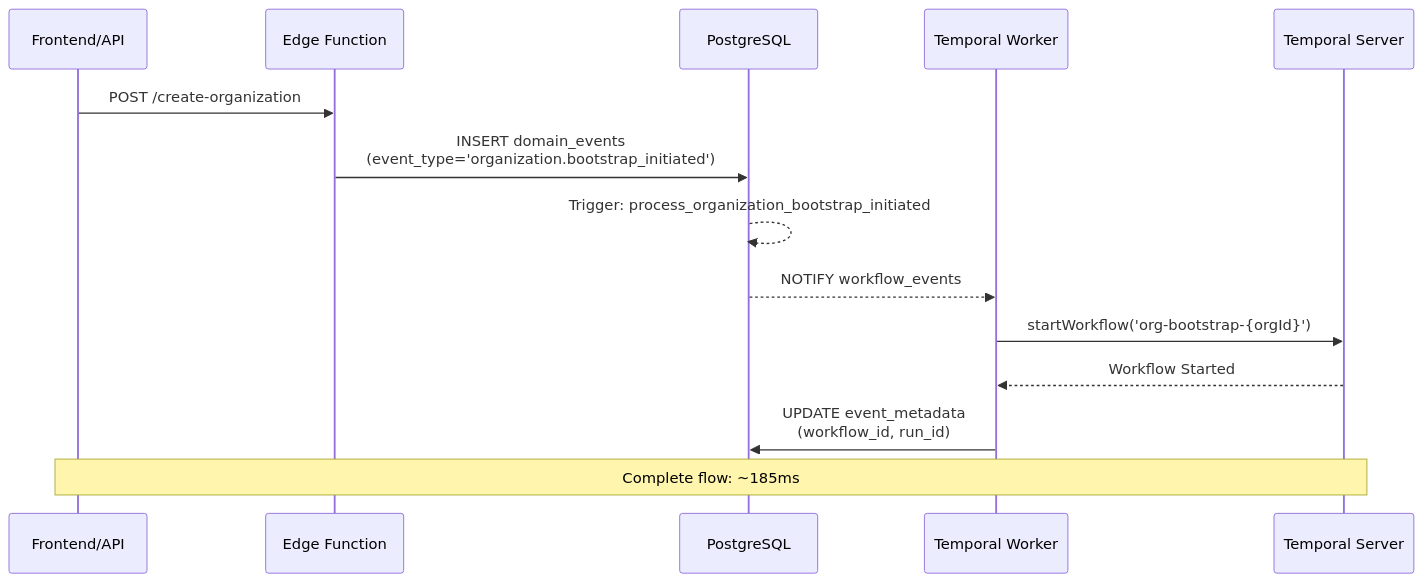
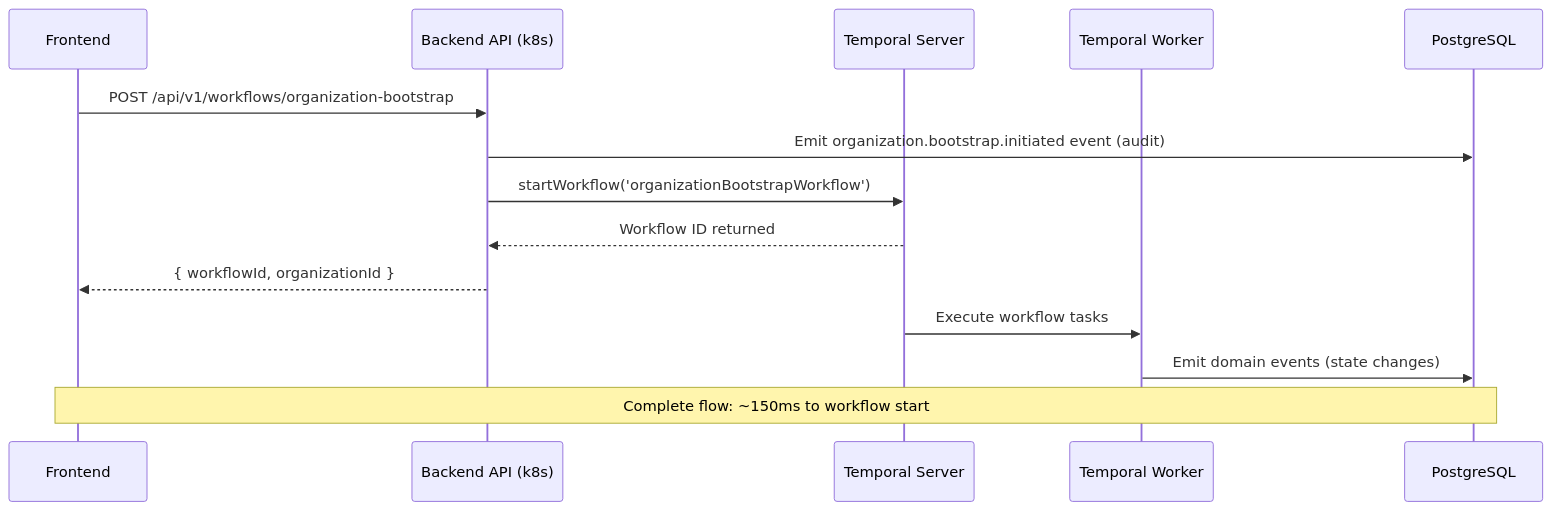
The second of 3 diagrams in documentation/architecture/workflows/temporal-overview.md (Analytics4Change/A4C-AppSuite), drawn with Mermaid before and after one commit. The commit also changed other lines of this file and 11 other files, not shown here.

First line of the commit message:
docs: Update architecture documentation and add projection table docs

````diff
--- a/documentation/architecture/workflows/temporal-overview.md
+++ b/documentation/architecture/workflows/temporal-overview.md
@@ -395,17 +395,17 @@
 ```mermaid
 sequenceDiagram
-    participant UI as Frontend/API
-    participant EF as Edge Function
+    participant UI as Frontend
+    participant API as Backend API (k8s)
+    participant T as Temporal Server
+    participant W as Temporal Worker
     participant DB as PostgreSQL
-    participant W as Temporal Worker
-    participant T as Temporal Server
 
-    UI->>EF: POST /create-organization
-    EF->>DB: INSERT domain_events<br/>(event_type='organization.bootstrap_initiated')
-    DB-->>DB: Trigger: process_organization_bootstrap_initiated
-    DB-->>W: NOTIFY workflow_events
-    W->>T: startWorkflow('org-bootstrap-{orgId}')
-    T-->>W: Workflow Started
-    W->>DB: UPDATE event_metadata<br/>(workflow_id, run_id)
-    Note over UI,T: Complete flow: ~185ms
+    UI->>API: POST /api/v1/workflows/organization-bootstrap
+    API->>DB: Emit organization.bootstrap.initiated event (audit)
+    API->>T: startWorkflow('organizationBootstrapWorkflow')
+    T-->>API: Workflow ID returned
+    API-->>UI: { workflowId, organizationId }
+    T->>W: Execute workflow tasks
+    W->>DB: Emit domain events (state changes)
+    Note over UI,DB: Complete flow: ~150ms to workflow start
 ```
````
